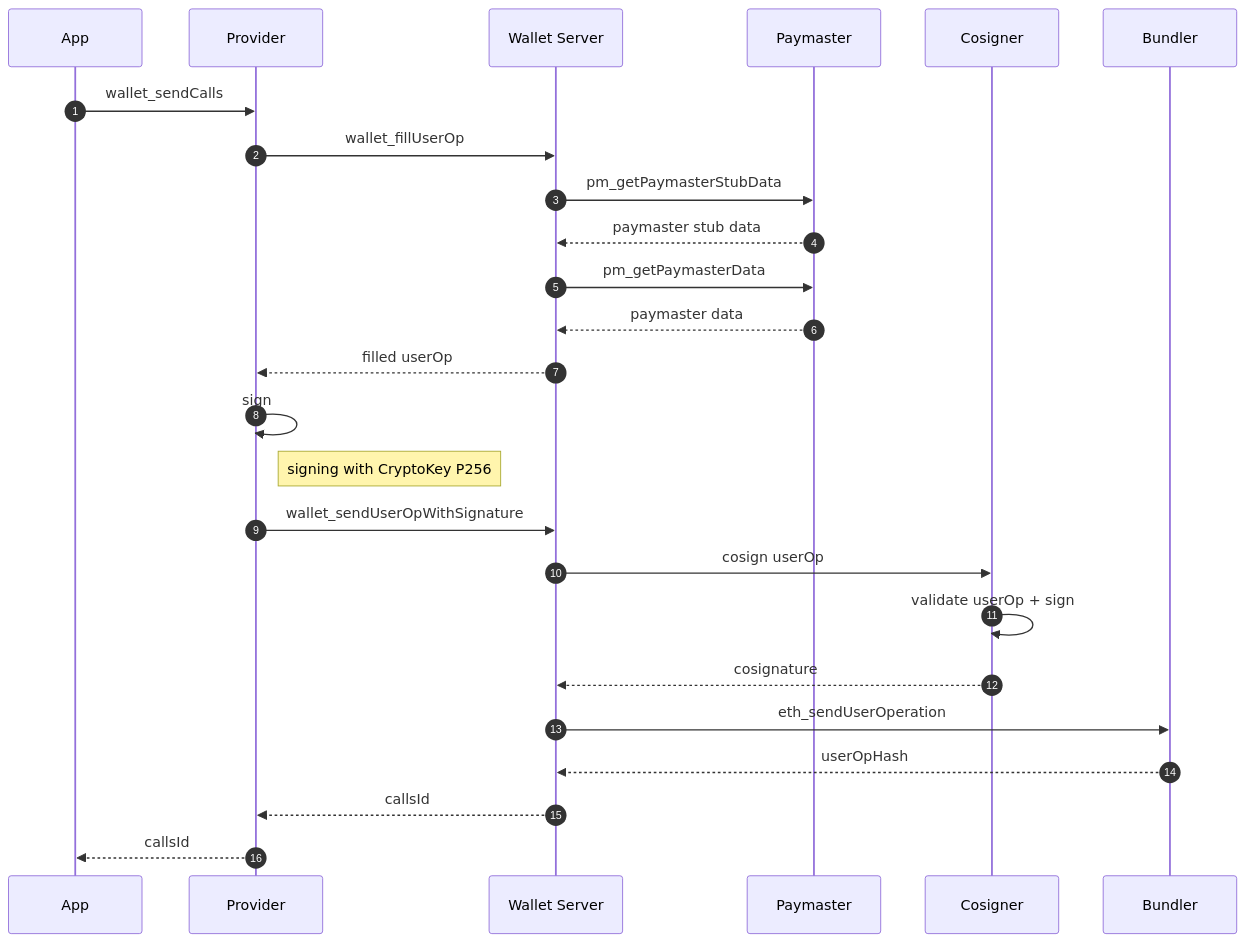
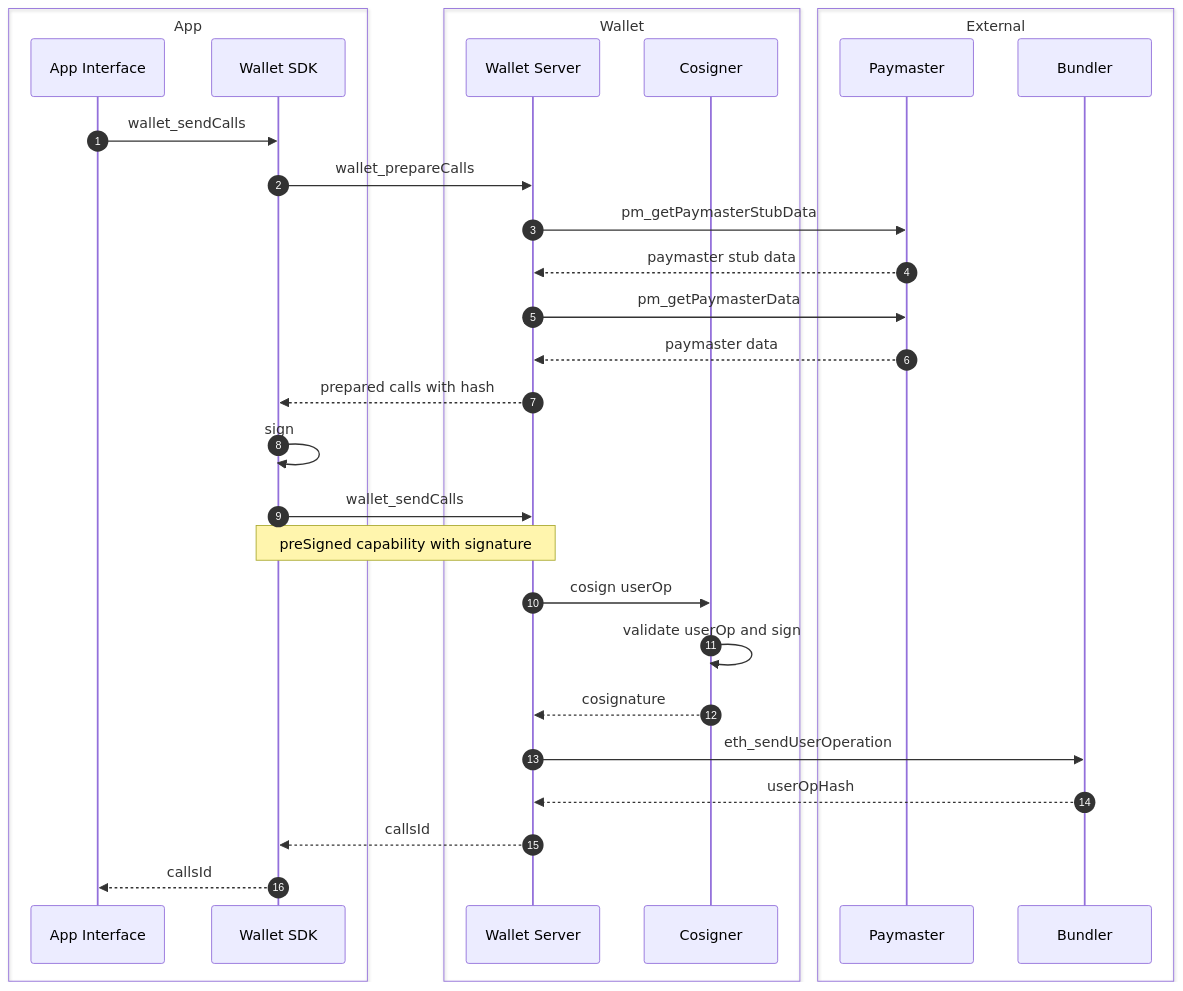
The second of 2 diagrams in README.md (coinbase/smart-wallet-permissions), drawn with Mermaid before and after one commit. The commit also changed other lines of this file and 5 other files, not shown here.

Commit message:
Update diagrams and readmes

````diff
--- a/README.md
+++ b/README.md
@@ -71,28 +75,34 @@
 ```mermaid
 sequenceDiagram
     autonumber
-    participant A as App
-    participant SDK as Provider
-    participant WS as Wallet Server
-    participant P as Paymaster
-    participant CS as Cosigner
-    participant B as Bundler
+    box transparent App
+        participant A as App Interface
+        participant SDK as Wallet SDK
+    end
+    box transparent Wallet
+        participant WS as Wallet Server
+        participant CS as Cosigner
+    end
+    box transparent External
+        participant P as Paymaster
+        participant B as Bundler
+    end
 
     A->>SDK: wallet_sendCalls
-    SDK->>WS: wallet_fillUserOp
+    SDK->>WS: wallet_prepareCalls
     WS->>P: pm_getPaymasterStubData
     P-->>WS: paymaster stub data
     WS->>P: pm_getPaymasterData
     P-->>WS: paymaster data
-    WS-->>SDK: filled userOp
+    WS-->>SDK: prepared calls with hash
     SDK->>SDK: sign
-    Note right of SDK: signing with CryptoKey P256
-    SDK->>WS: wallet_sendUserOpWithSignature
+    SDK->>WS: wallet_sendCalls
+    Note over SDK,WS: preSigned capability with signature
     WS->>CS: cosign userOp
-    CS->>CS: validate userOp + sign
+    CS->>CS: validate userOp and sign
     CS-->>WS: cosignature
     WS->>B: eth_sendUserOperation
     B-->>WS: userOpHash
     WS-->>SDK: callsId
     SDK-->>A: callsId
 ```
````
